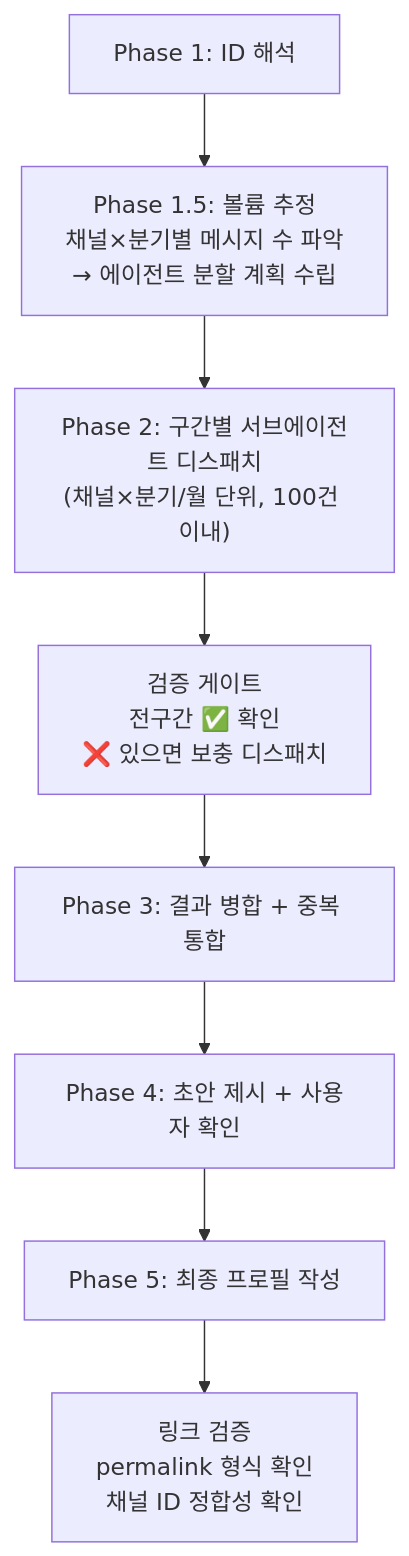
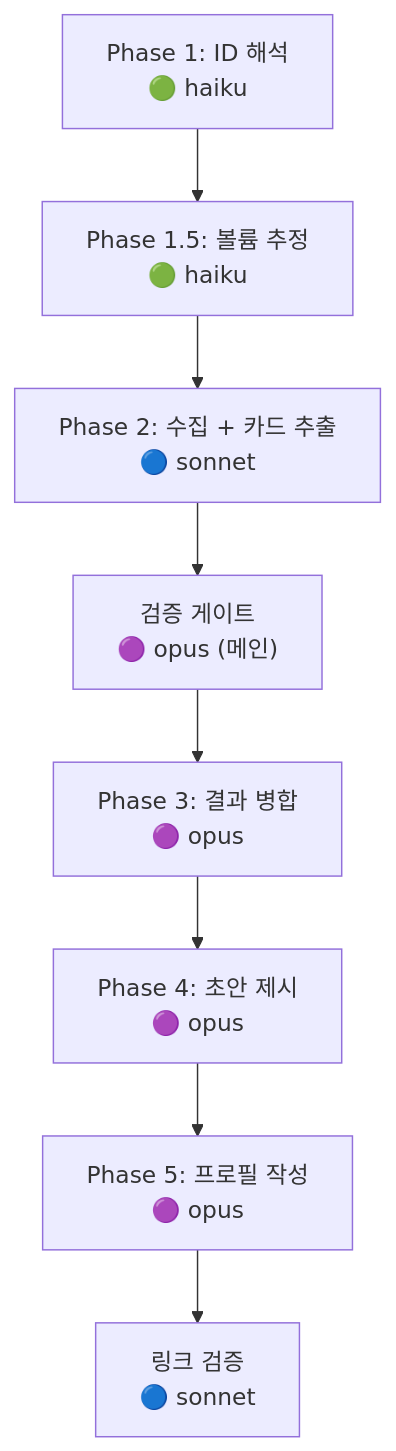
The diagram in .claude/skills/slack-profile/SKILL.md (flex-team/flex-oncall), drawn with Mermaid before and after one commit. The commit also changed other lines of this file, not shown here.

Commit message:
✨ slack-profile 스킬 개선 — 프로필 문서 구조 + 분석 품질 향상

````diff
--- a/.claude/skills/slack-profile/SKILL.md
+++ b/.claude/skills/slack-profile/SKILL.md
@@ -173,10 +191,10 @@
 ```mermaid
 flowchart TD
-    A["Phase 1: ID 해석"] --> A2["Phase 1.5: 볼륨 추정<br/>채널×분기별 메시지 수 파악<br/>→ 에이전트 분할 계획 수립"]
-    A2 --> B["Phase 2: 구간별 서브에이전트 디스패치<br/>(채널×분기/월 단위, 100건 이내)"]
-    B --> V["검증 게이트<br/>전구간 ✅ 확인<br/>❌ 있으면 보충 디스패치"]
-    V --> C["Phase 3: 결과 병합 + 중복 통합"]
-    C --> D["Phase 4: 초안 제시 + 사용자 확인"]
-    D --> E["Phase 5: 최종 프로필 작성"]
-    E --> L["링크 검증<br/>permalink 형식 확인<br/>채널 ID 정합성 확인"]
+    A["Phase 1: ID 해석<br/>🟢 haiku"] --> A2["Phase 1.5: 볼륨 추정<br/>🟢 haiku"]
+    A2 --> B["Phase 2: 수집 + 카드 추출<br/>🔵 sonnet"]
+    B --> V["검증 게이트<br/>🟣 opus (메인)"]
+    V --> C["Phase 3: 결과 병합<br/>🟣 opus"]
+    C --> D["Phase 4: 초안 제시<br/>🟣 opus"]
+    D --> E["Phase 5: 프로필 작성<br/>🟣 opus"]
+    E --> L["링크 검증<br/>🔵 sonnet"]
 ```
````
